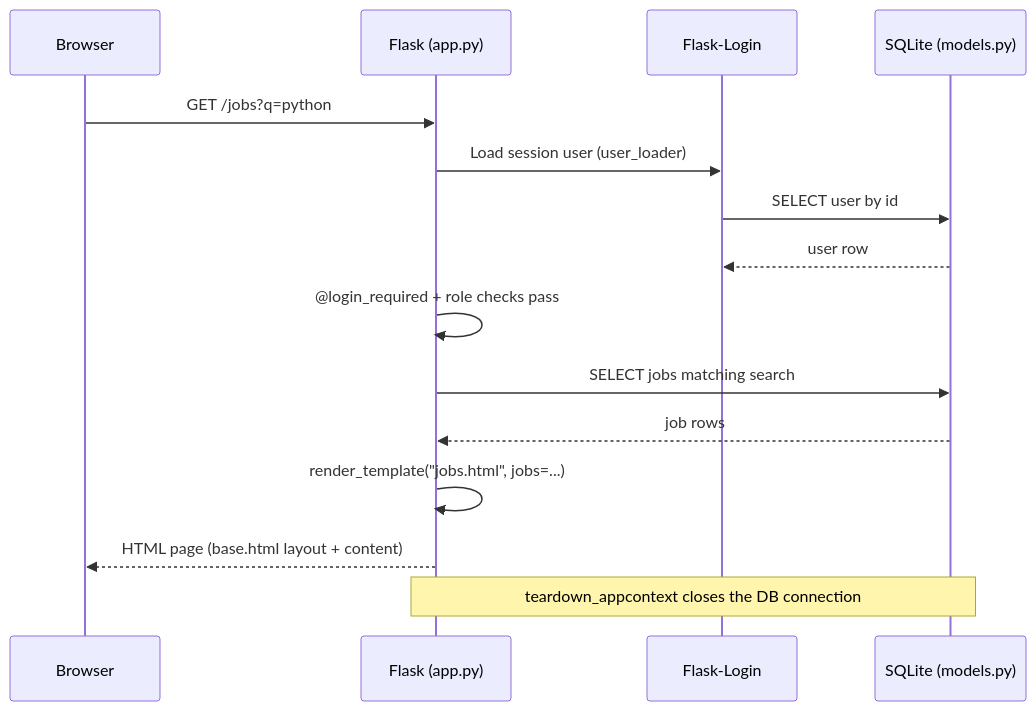
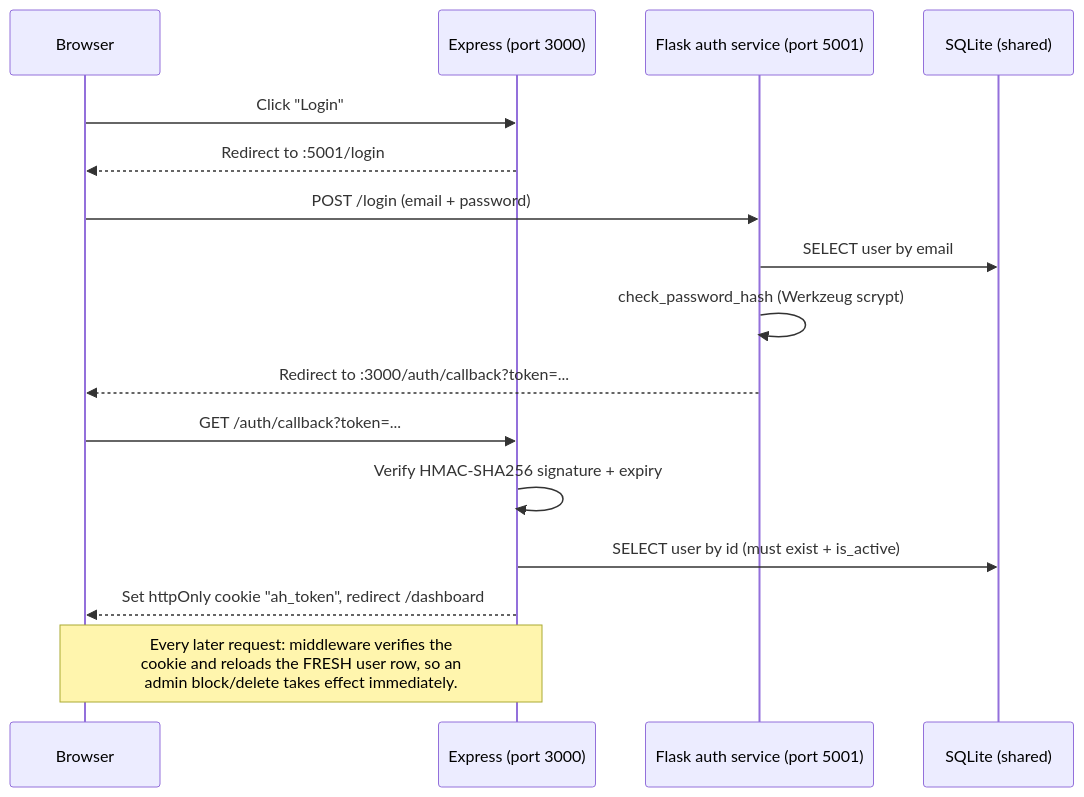
The second of 2 diagrams in docs/ARCHITECTURE.md (RajenderMohanVerma/alumni_hub), drawn with Mermaid before and after one commit. The commit also changed other lines of this file and 51 other files, not shown here.

Commit message:
feat: convert to hybrid - Express (JavaScript) main app + Flask auth service

````diff
--- a/docs/ARCHITECTURE.md
+++ b/docs/ARCHITECTURE.md
@@ -48,18 +63,19 @@
 ```mermaid
 sequenceDiagram
     participant B as Browser
-    participant F as Flask (app.py)
-    participant L as Flask-Login
-    participant D as SQLite (models.py)
+    participant E as Express (port 3000)
+    participant F as Flask auth service (port 5001)
+    participant D as SQLite (shared)
 
-    B->>F: GET /jobs?q=python
-    F->>L: Load session user (user_loader)
-    L->>D: SELECT user by id
-    D-->>L: user row
-    F->>F: @login_required + role checks pass
-    F->>D: SELECT jobs matching search
-    D-->>F: job rows
-    F->>F: render_template("jobs.html", jobs=...)
-    F-->>B: HTML page (base.html layout + content)
-    Note over F,D: teardown_appcontext closes the DB connection
+    B->>E: Click "Login"
+    E-->>B: Redirect to :5001/login
+    B->>F: POST /login (email + password)
+    F->>D: SELECT user by email
+    F->>F: check_password_hash (Werkzeug scrypt)
+    F-->>B: Redirect to :3000/auth/callback?token=...
+    B->>E: GET /auth/callback?token=...
+    E->>E: Verify HMAC-SHA256 signature + expiry
+    E->>D: SELECT user by id (must exist + is_active)
+    E-->>B: Set httpOnly cookie "ah_token", redirect /dashboard
+    Note over B,E: Every later request: middleware verifies the<br/>cookie and reloads the FRESH user row, so an<br/>admin block/delete takes effect immediately.
 ```
````
